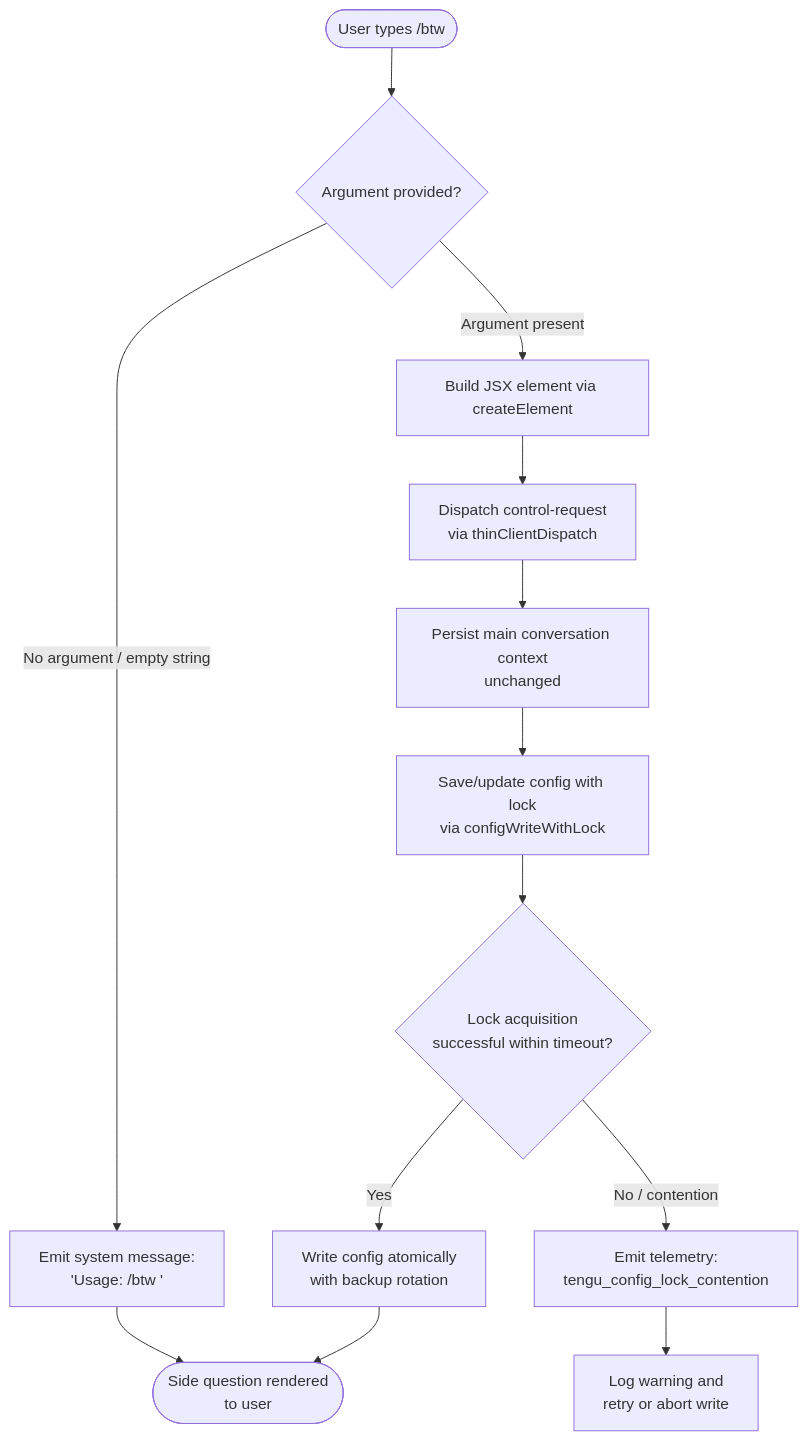
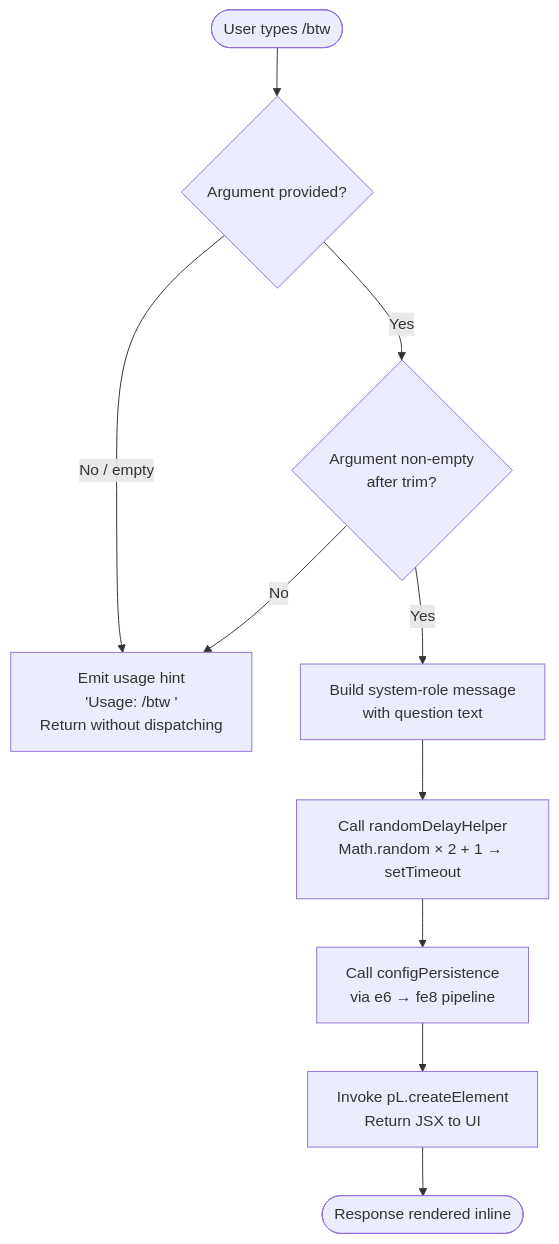
One commit to MyLittleLuckyDog/cc-gnothi changed the diagram in versions/v2.1.133/btw.md. Above: the diagram before and after it, drawn with Mermaid. The commit also changed other lines of this file and 95 other files, not shown here.

````diff
--- a/versions/v2.1.133/btw.md
+++ b/versions/v2.1.133/btw.md
@@ -49,15 +56,12 @@
 ```mermaid
 flowchart TD
     A([User types /btw]) --> B{Argument provided?}
-    B -- No argument / empty string --> C[Emit system message:\n'Usage: /btw <your question>']
-    B -- Argument present --> D[Build JSX element via createElement]
-    D --> E[Dispatch control-request\nvia thinClientDispatch]
-    E --> F[Persist main conversation context\nunchanged]
-    F --> G[Save/update config with lock\nvia configWriteWithLock]
-    G --> H{Lock acquisition\nsuccessful within timeout?}
-    H -- Yes --> I[Write config atomically\nwith backup rotation]
-    H -- No / contention --> J[Emit telemetry:\ntengu_config_lock_contention]
-    J --> K[Log warning and\nretry or abort write]
-    I --> L([Side question rendered\nto user])
-    C --> L
+    B -- No / empty --> C[Emit usage hint\n'Usage: /btw <your question>'\nReturn without dispatching]
+    B -- Yes --> D{Argument non-empty\nafter trim?}
+    D -- No --> C
+    D -- Yes --> E[Build system-role message\nwith question text]
+    E --> F[Call randomDelayHelper\nMath.random × 2 + 1 → setTimeout]
+    F --> G[Call configPersistence\nvia e6 → fe8 pipeline]
+    G --> H[Invoke pL.createElement\nReturn JSX to UI]
+    H --> I([Response rendered inline])
 ```
````
